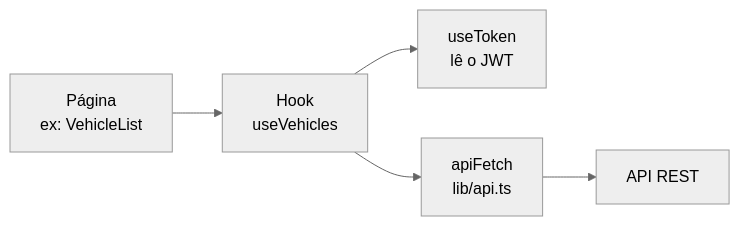
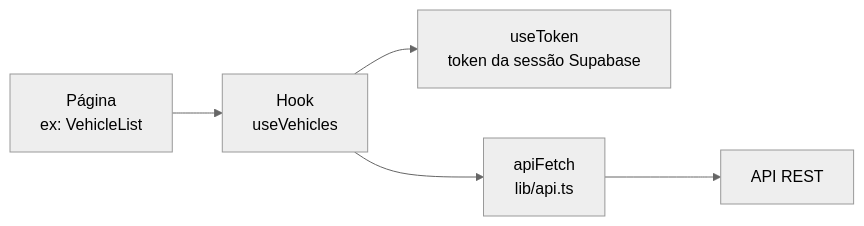
The third of 6 diagrams in docs/04-arquitetura.md (gregoryjereissati/pfi-fleet-manager), drawn with Mermaid (neutral theme) before and after one commit. The commit also changed other lines of this file and 42 other files, not shown here.

````diff
--- a/docs/04-arquitetura.md
+++ b/docs/04-arquitetura.md
@@ -122,7 +125,7 @@
 ```mermaid
 flowchart LR
     P["Página<br/>ex: VehicleList"] --> H["Hook<br/>useVehicles"]
-    H --> T["useToken<br/>lê o JWT"]
+    H --> T["useToken<br/>token da sessão Supabase"]
     H --> A["apiFetch<br/>lib/api.ts"]
     A --> API["API REST"]
 ```
````
